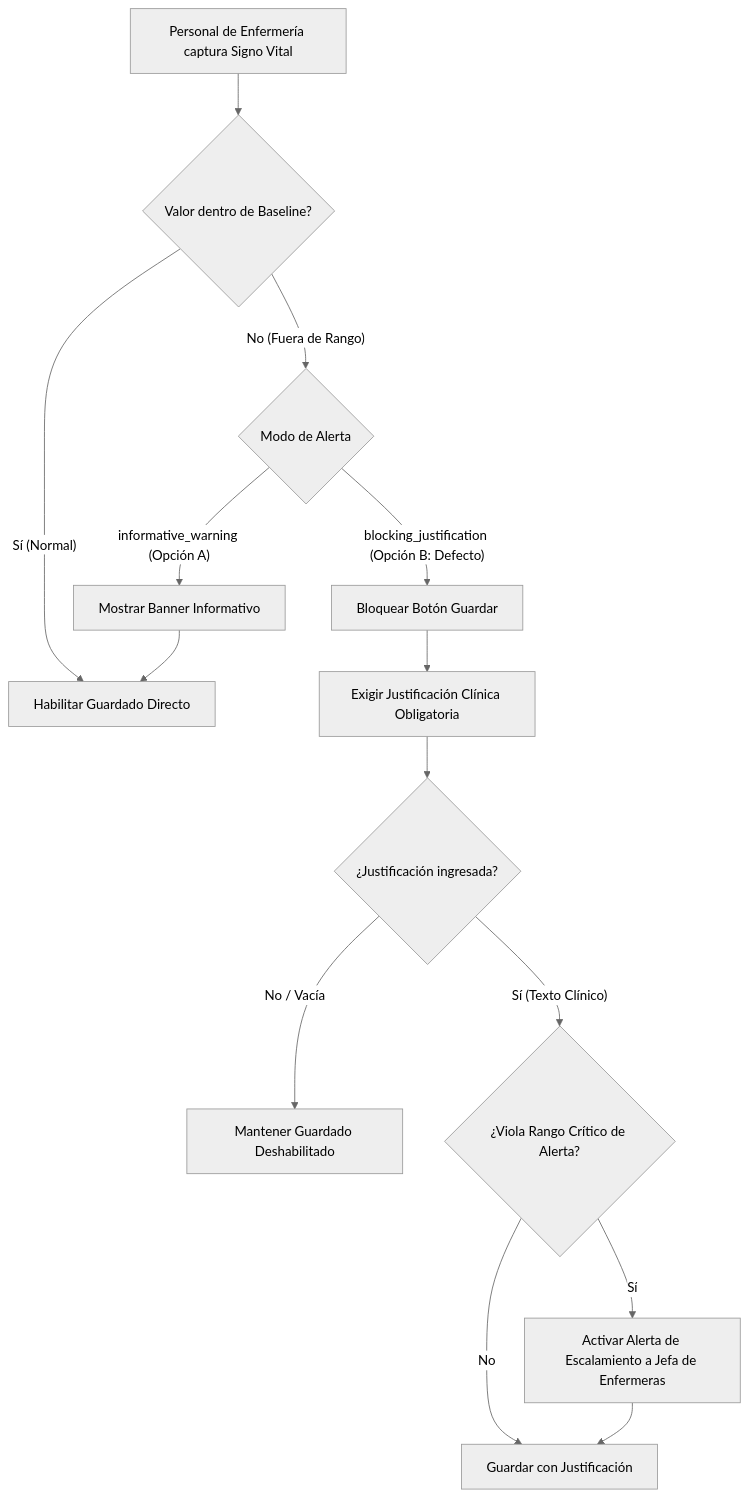
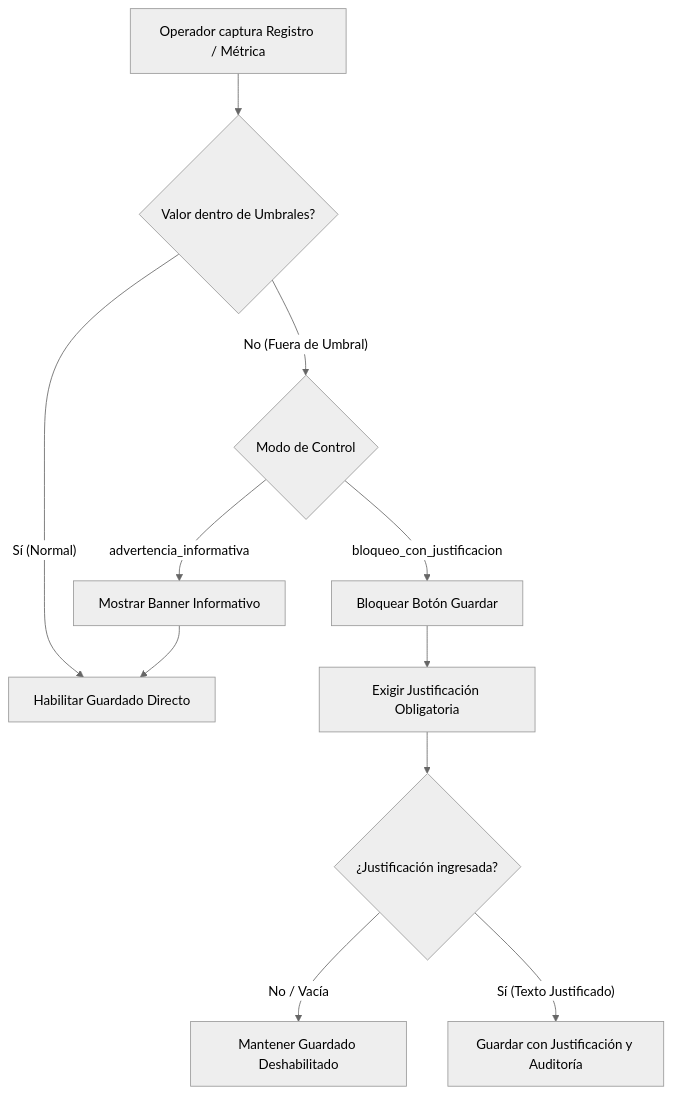
Before and after one commit to miguelms/GoldenStarterCodex: the fifth of 7 diagrams in docs/architecture/starter-architecture-guide.md, drawn with Mermaid (neutral theme). The commit also changed other lines of this file and 43 other files, not shown here.

````diff
--- a/docs/architecture/starter-architecture-guide.md
+++ b/docs/architecture/starter-architecture-guide.md
@@ -267,14 +261,12 @@
 ```mermaid
 flowchart TD
-    Input[Personal de Enfermería captura Signo Vital] --> Eval{Valor dentro de Baseline?}
+    Input[Operador captura Registro / Métrica] --> Eval{Valor dentro de Umbrales?}
     Eval -- Sí (Normal) --> AllowSave[Habilitar Guardado Directo]
-    Eval -- No (Fuera de Rango) --> ModeCheck{Modo de Alerta}
-    ModeCheck -- informative_warning (Opción A) --> Warn[Mostrar Banner Informativo] --> AllowSave
-    ModeCheck -- blocking_justification (Opción B: Defecto) --> Block[Bloquear Botón Guardar]
-    Block --> JustReq[Exigir Justificación Clínica Obligatoria]
+    Eval -- No (Fuera de Umbral) --> ModeCheck{Modo de Control}
+    ModeCheck -- advertencia_informativa --> Warn[Mostrar Banner Informativo] --> AllowSave
+    ModeCheck -- bloqueo_con_justificacion --> Block[Bloquear Botón Guardar]
+    Block --> JustReq[Exigir Justificación Obligatoria]
     JustReq --> InputJust{¿Justificación ingresada?}
     InputJust -- No / Vacía --> KeepBlocked[Mantener Guardado Deshabilitado]
-    InputJust -- Sí (Texto Clínico) --> CritCheck{¿Viola Rango Crítico de Alerta?}
-    CritCheck -- No --> AllowSaveWithJust[Guardar con Justificación]
-    CritCheck -- Sí --> Escalate[Activar Alerta de Escalamiento a Jefa de Enfermeras] --> AllowSaveWithJust
+    InputJust -- Sí (Texto Justificado) --> AllowSaveWithJust[Guardar con Justificación y Auditoría]
 ```
````
